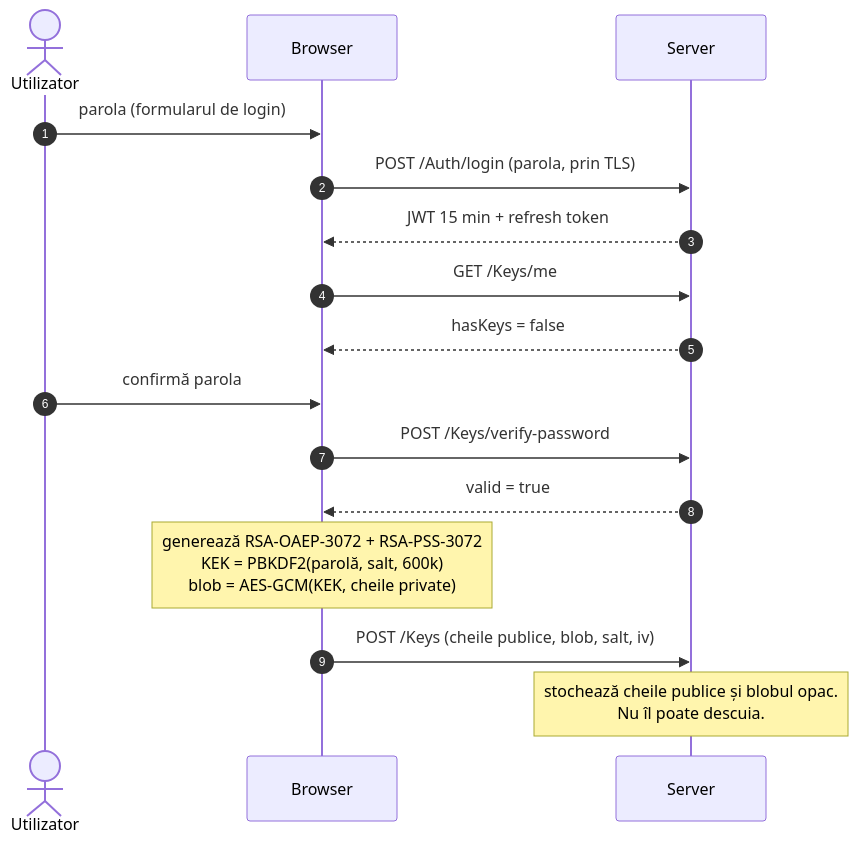
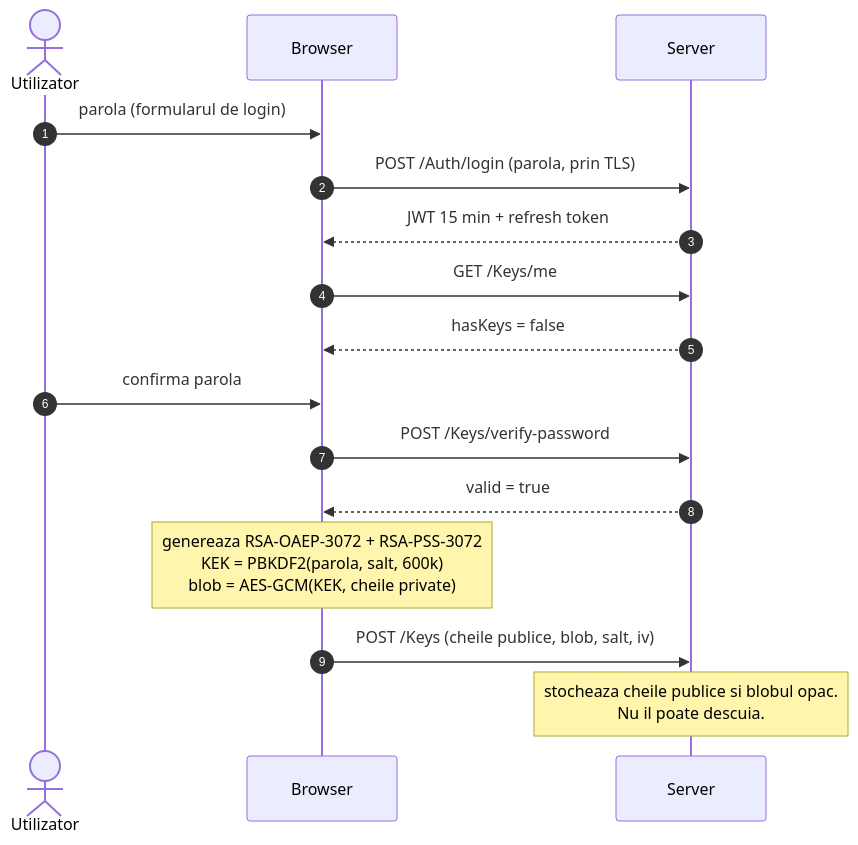
The second of 5 diagrams in README.md (Danielus-hehe/mai-secure-platform), drawn with Mermaid before and after one commit. The commit also changed other lines of this file and 3 other files, not shown here.

````diff
--- a/README.md
+++ b/README.md
@@ -220,19 +235,19 @@
 ```mermaid
 sequenceDiagram
     autonumber
     actor A as Utilizator
     participant B as Browser
     participant S as Server
 
     A->>B: parola (formularul de login)
     B->>S: POST /Auth/login (parola, prin TLS)
     S-->>B: JWT 15 min + refresh token
     B->>S: GET /Keys/me
     S-->>B: hasKeys = false
-    A->>B: confirmă parola
+    A->>B: confirma parola
     B->>S: POST /Keys/verify-password
     S-->>B: valid = true
-    Note over B: generează RSA-OAEP-3072 + RSA-PSS-3072<br/>KEK = PBKDF2(parolă, salt, 600k)<br/>blob = AES-GCM(KEK, cheile private)
+    Note over B: genereaza RSA-OAEP-3072 + RSA-PSS-3072<br/>KEK = PBKDF2(parola, salt, 600k)<br/>blob = AES-GCM(KEK, cheile private)
     B->>S: POST /Keys (cheile publice, blob, salt, iv)
-    Note over S: stochează cheile publice și blobul opac.<br/>Nu îl poate descuia.
+    Note over S: stocheaza cheile publice si blobul opac.<br/>Nu il poate descuia.
 ```
````
